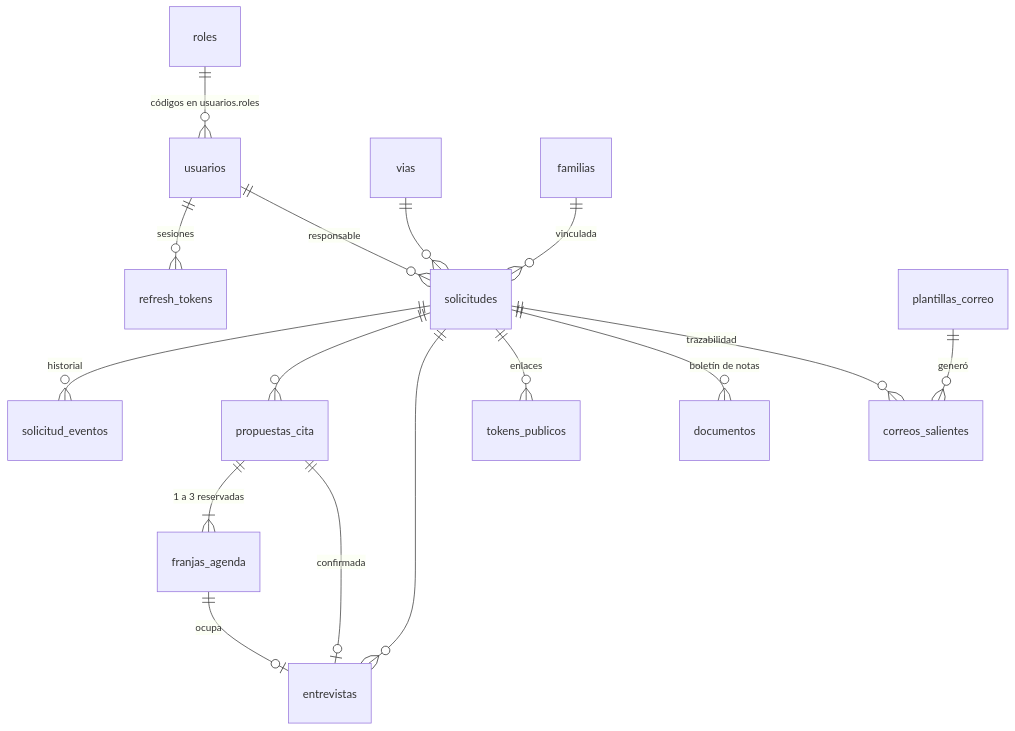
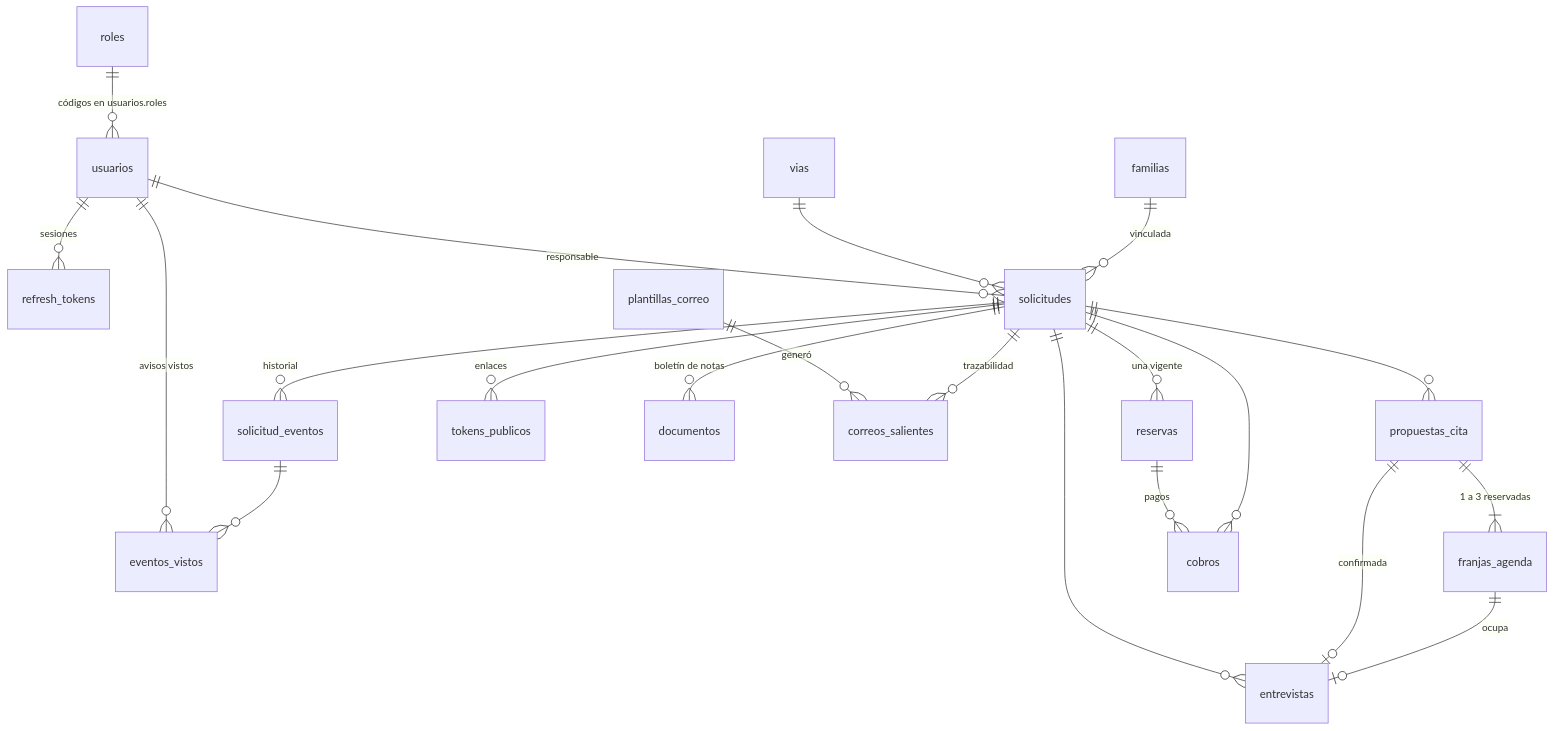
The third of 3 diagrams in docs/flujo-y-datos.md (Ceroone-Technology/albaydar-api), drawn with Mermaid before and after one commit. The commit also changed other lines of this file and 37 other files, not shown here.

````diff
--- a/docs/flujo-y-datos.md
+++ b/docs/flujo-y-datos.md
@@ -113,18 +125,23 @@
 ```mermaid
 erDiagram
   roles ||--o{ usuarios : "códigos en usuarios.roles"
   usuarios ||--o{ refresh_tokens : "sesiones"
+  usuarios ||--o{ eventos_vistos : "avisos vistos"
+  solicitud_eventos ||--o{ eventos_vistos : ""
   usuarios ||--o{ solicitudes : "responsable"
   vias ||--o{ solicitudes : ""
   familias ||--o{ solicitudes : "vinculada"
   solicitudes ||--o{ solicitud_eventos : "historial"
   solicitudes ||--o{ propuestas_cita : ""
   propuestas_cita ||--|{ franjas_agenda : "1 a 3 reservadas"
   solicitudes ||--o{ entrevistas : ""
   propuestas_cita ||--o| entrevistas : "confirmada"
   franjas_agenda ||--o| entrevistas : "ocupa"
   solicitudes ||--o{ tokens_publicos : "enlaces"
   solicitudes ||--o{ documentos : "boletín de notas"
   plantillas_correo ||--o{ correos_salientes : "generó"
+  solicitudes ||--o{ reservas : "una vigente"
+  reservas ||--o{ cobros : "pagos"
+  solicitudes ||--o{ cobros : ""
   solicitudes ||--o{ correos_salientes : "trazabilidad"
 ```
````
